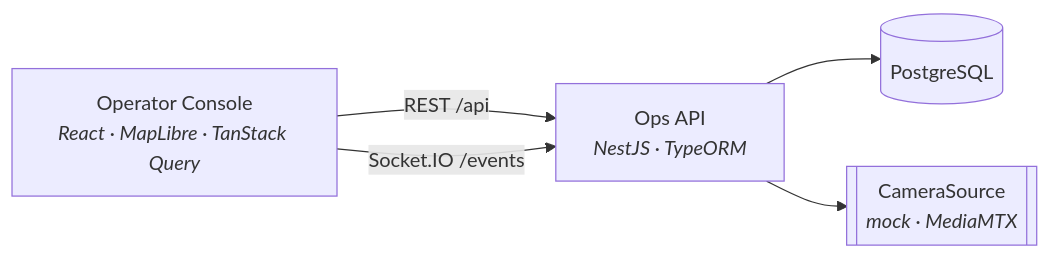
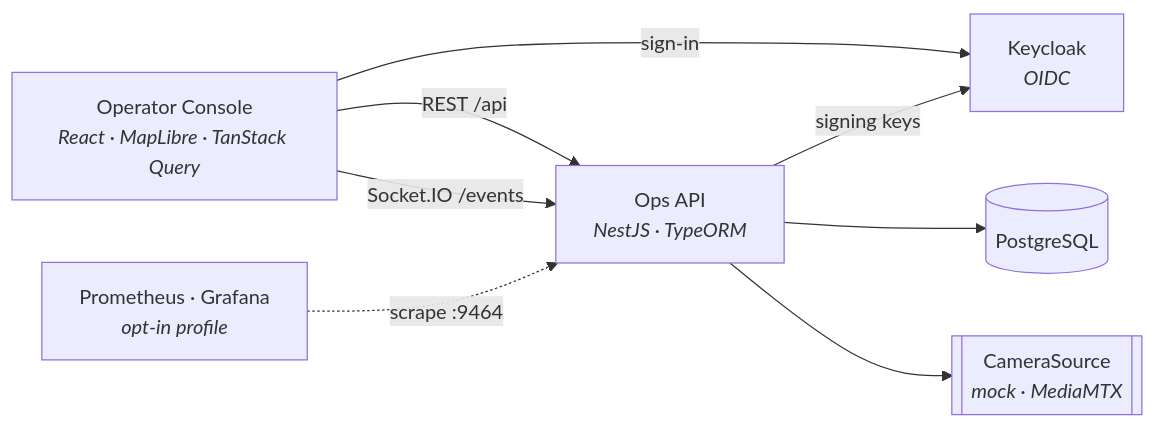
Before and after one commit to truongtankhanh/ops-command-center: the diagram in README.md, drawn with Mermaid. The commit also changed other lines of this file and 31 other files, not shown here.

First line of the commit message:
feat!: add Prometheus metrics, delivery latency and Grafana dashboard

````diff
--- a/README.md
+++ b/README.md
@@ -45,12 +54,17 @@
 ```mermaid
 flowchart LR
   console[Operator Console<br/><i>React · MapLibre · TanStack Query</i>]
   api[Ops API<br/><i>NestJS · TypeORM</i>]
   db[(PostgreSQL)]
   cams[[CameraSource<br/><i>mock · MediaMTX</i>]]
+  idp[Keycloak<br/><i>OIDC</i>]
+  obs[Prometheus · Grafana<br/><i>opt-in profile</i>]
 
   console -- REST /api --> api
   console -- Socket.IO /events --> api
+  console -- sign-in --> idp
+  api -- signing keys --> idp
   api --> db
   api --> cams
+  obs -. scrape :9464 .-> api
 ```
````
